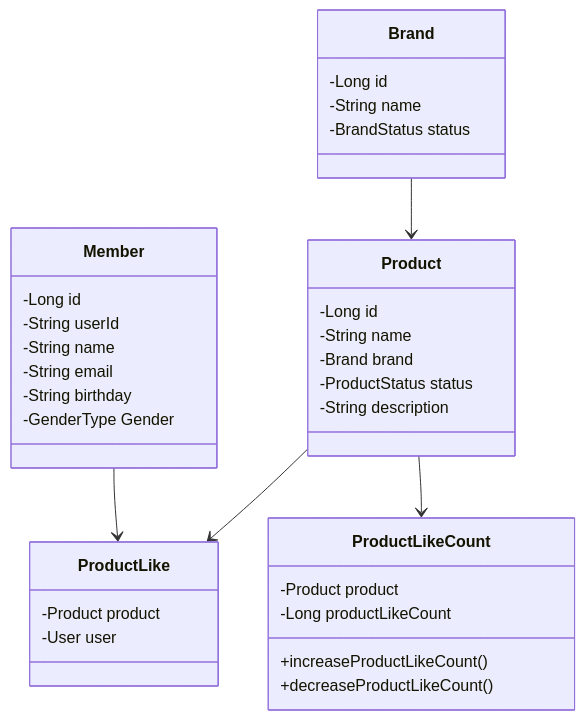
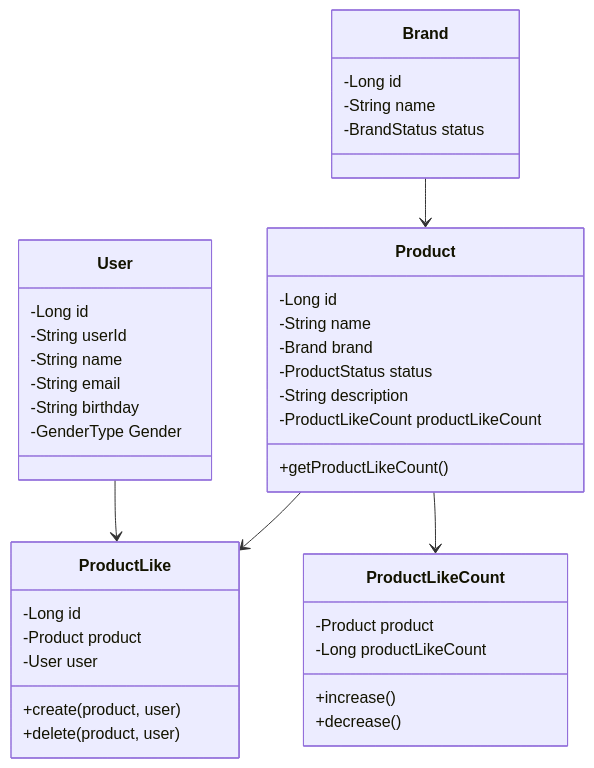
One commit to kiekk/gamsung-commerce changed the first of 3 diagrams in docs/design/03-class-diagrams.md. Above: the diagram before and after it, drawn with Mermaid. The commit also changed other lines of this file, not shown here.

First line of the commit message:
docs: 클래스 다이어그램 추가

````diff
--- a/docs/design/03-class-diagrams.md
+++ b/docs/design/03-class-diagrams.md
@@ -10,37 +10,42 @@
 ```mermaid
 classDiagram
-    class Member {
+    class User {
         -Long id
         -String userId
         -String name
         -String email
         -String birthday
         -GenderType Gender
     }
     class Brand {
         -Long id
         -String name
         -BrandStatus status
     }
     class Product {
         -Long id
         -String name
         -Brand brand
         -ProductStatus status
         -String description
+        -ProductLikeCount productLikeCount
+        +getProductLikeCount()
     }
     class ProductLike {
+        -Long id
         -Product product
         -User user
+        +create(product, user)
+        +delete(product, user)
     }
     class ProductLikeCount {
         -Product product
         -Long productLikeCount
-        +increaseProductLikeCount()
-        +decreaseProductLikeCount()
+        +increase()
+        +decrease()
     }
     Brand --> Product
-    Member --> ProductLike
+    User --> ProductLike
     Product --> ProductLike
     Product --> ProductLikeCount 
 ```
````
